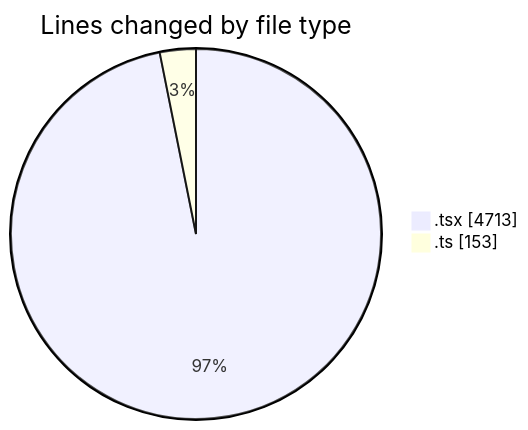
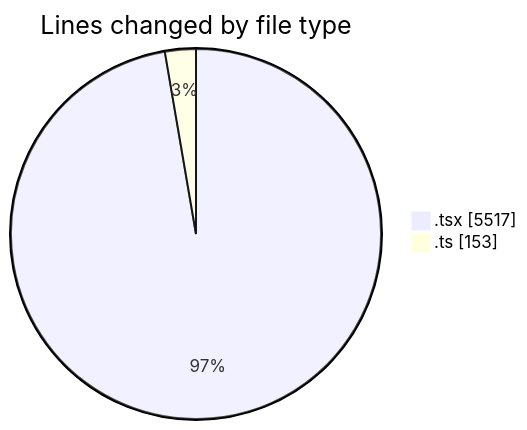
Before and after one commit to nxtqubesakshisongat/code-tracking: the first of 2 diagrams in 2026-03-27/nxtqube_webapp/README.md, drawn with Mermaid. The commit also changed other lines of this file and 1 other file, not shown here.

````diff
--- a/2026-03-27/nxtqube_webapp/README.md
+++ b/2026-03-27/nxtqube_webapp/README.md
@@ -25,6 +25,6 @@
 ```mermaid
 pie showData
 title Lines changed by file type
-".tsx" : 4713
+".tsx" : 5517
 ".ts" : 153
 ```
````
